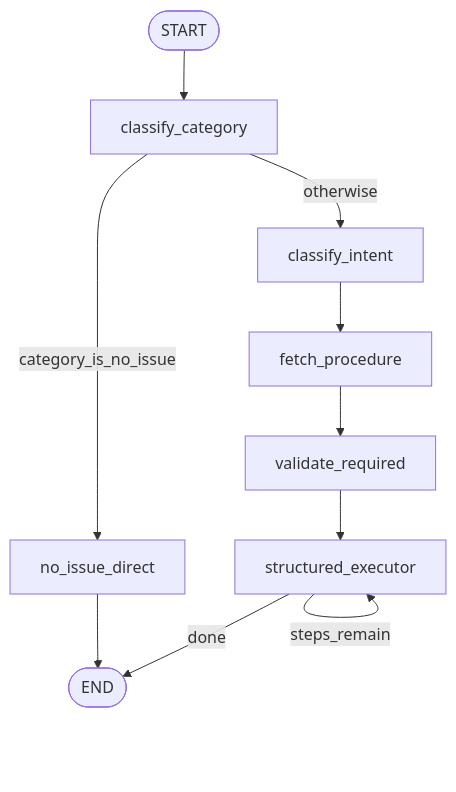
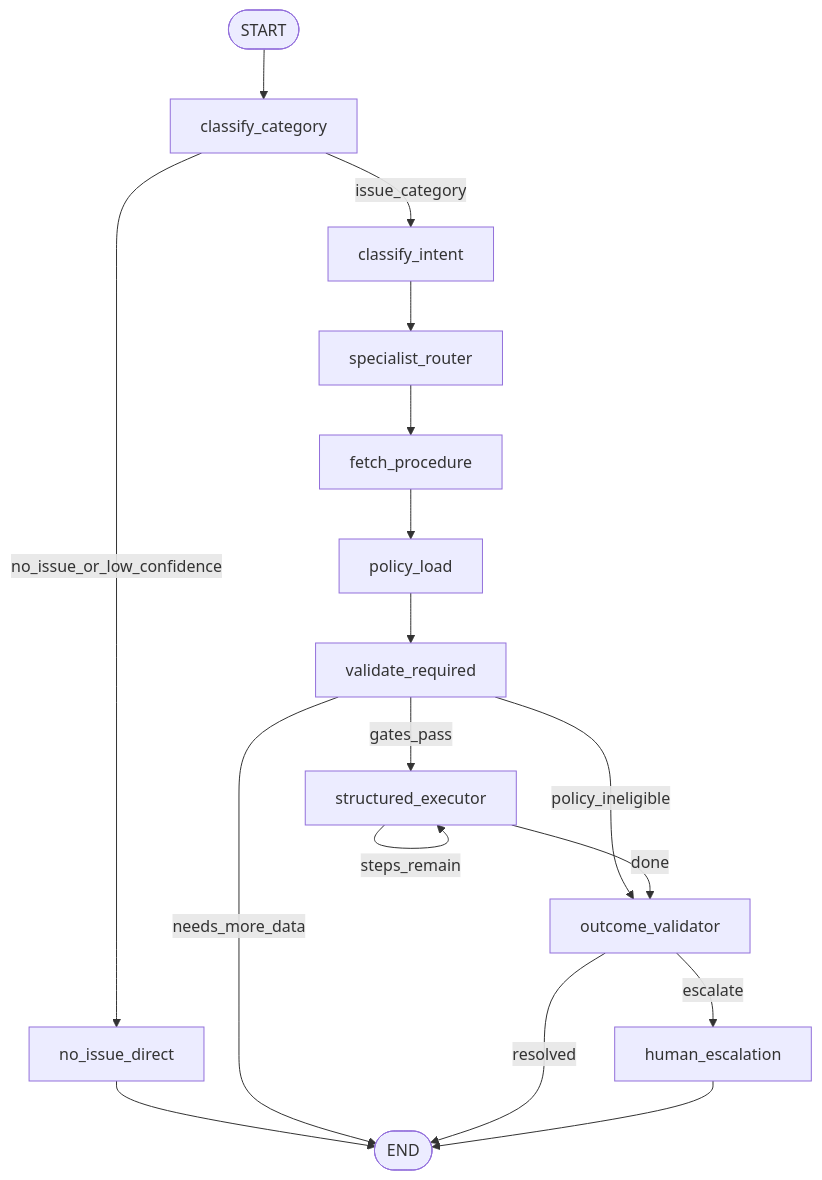
One commit to w4zir/BitBot changed the diagram in docs/agent.md. Above: the diagram before and after it, drawn with Mermaid. The commit also changed other lines of this file and 3 other files, not shown here.

Commit message:
updated agent to new architecture

````diff
--- a/docs/agent.md
+++ b/docs/agent.md
@@ -31,21 +9,19 @@
 ```mermaid
 flowchart TD
-  startNode([START])
-  classify_category[classify_category]
-  no_issue_direct[no_issue_direct]
-  classify_intent[classify_intent]
-  fetch_procedure[fetch_procedure]
-  validate_required[validate_required]
-  structured_executor[structured_executor]
-  endNode([END])
-
-  startNode --> classify_category
-  classify_category -->|category_is_no_issue| no_issue_direct
-  classify_category -->|otherwise| classify_intent
-  no_issue_direct --> endNode
-  classify_intent --> fetch_procedure
-  fetch_procedure --> validate_required
-  validate_required --> structured_executor
+  startNode([START]) --> classify_category
+  classify_category -->|no_issue_or_low_confidence| no_issue_direct
+  classify_category -->|issue_category| classify_intent
+  no_issue_direct --> endNode([END])
+  classify_intent --> specialist_router
+  specialist_router --> fetch_procedure
+  fetch_procedure --> policy_load
+  policy_load --> validate_required
+  validate_required -->|needs_more_data| endNode
+  validate_required -->|policy_ineligible| outcome_validator
+  validate_required -->|gates_pass| structured_executor
   structured_executor -->|steps_remain| structured_executor
-  structured_executor -->|done| endNode
+  structured_executor -->|done| outcome_validator
+  outcome_validator -->|resolved| endNode
+  outcome_validator -->|escalate| human_escalation
+  human_escalation --> endNode
 ```
````
